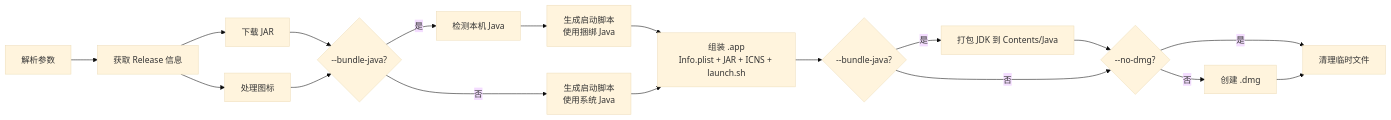
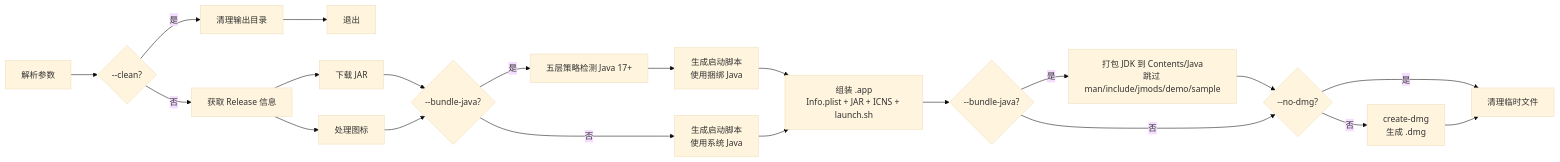
One commit to SomeoneHX/hmcl-mac-builder changed the diagram in README.md. Above: the diagram before and after it, drawn with Mermaid (base theme). The commit also changed other lines of this file and 1 other file, not shown here.

````diff
--- a/README.md
+++ b/README.md
@@ -114,18 +173,20 @@
 ```mermaid
 flowchart LR
-    A[解析参数] --> B[获取 Release 信息]
+    A[解析参数] --> Z{--clean?}
+    Z -- 是 --> Z1[清理输出目录] --> EXIT[退出]
+    Z -- 否 --> B[获取 Release 信息]
     B --> C[下载 JAR]
     B --> D[处理图标]
     C & D --> E{--bundle-java?}
-    E -- 是 --> F[检测本机 Java]
+    E -- 是 --> F[五层策略检测 Java 17+]
     F --> G[生成启动脚本<br>使用捆绑 Java]
     E -- 否 --> H[生成启动脚本<br>使用系统 Java]
     G & H --> I[组装 .app<br>Info.plist + JAR + ICNS + launch.sh]
     I --> J{--bundle-java?}
-    J -- 是 --> K[打包 JDK 到 Contents/Java]
+    J -- 是 --> K[打包 JDK 到 Contents/Java<br>跳过 man/include/jmods/demo/sample]
     K --> L{--no-dmg?}
     J -- 否 --> L
-    L -- 否 --> M[创建 .dmg]
+    L -- 否 --> M[create-dmg<br>生成 .dmg]
     L -- 是 --> N[清理临时文件]
     M --> N
 ```
````
